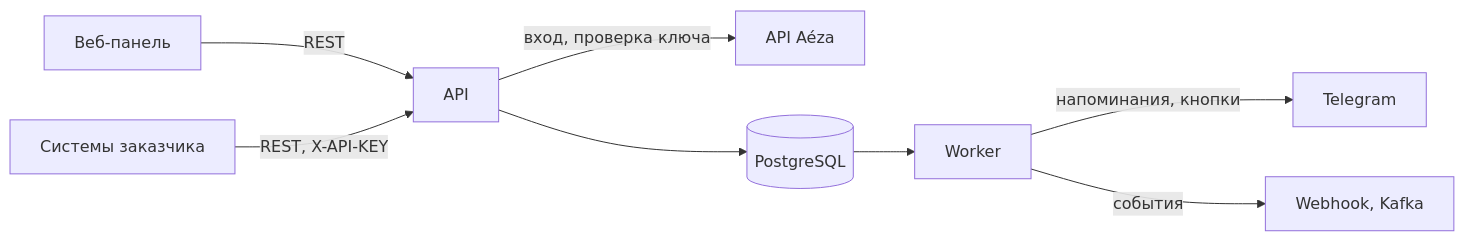
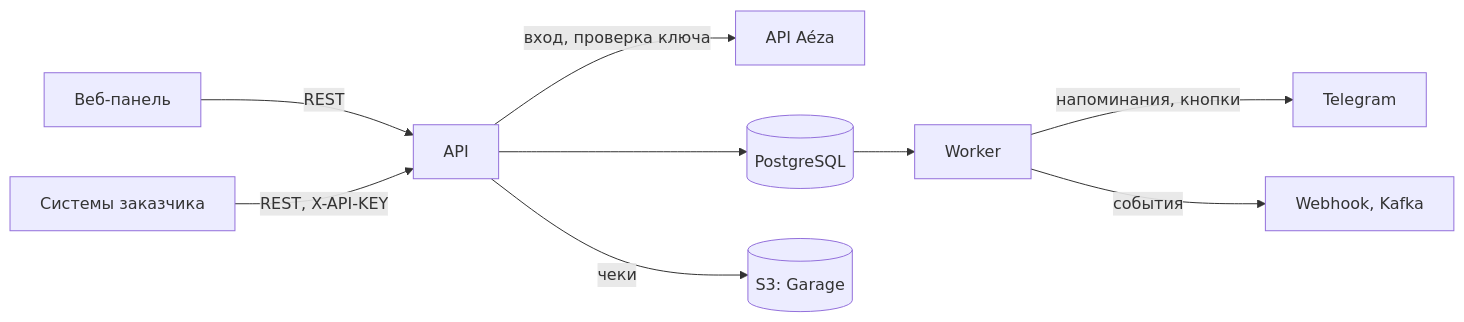
One commit to VegasYT/aeza-nezabudka changed the diagram in README.md. Above: the diagram before and after it, drawn with Mermaid. The commit also changed other lines of this file and 170 other files, not shown here.

````diff
--- a/README.md
+++ b/README.md
@@ -37,10 +37,11 @@
 ```mermaid
 flowchart LR
     web[Веб-панель] -->|REST| api[API]
     ext[Системы заказчика] -->|REST, X-API-KEY| api
     api -->|вход, проверка ключа| aeza[API Aéza]
     api --> pg[(PostgreSQL)]
+    api -->|чеки| s3[(S3: Garage)]
     pg --> worker[Worker]
     worker -->|напоминания, кнопки| tg[Telegram]
     worker -->|события| out[Webhook, Kafka]
 ```
````
